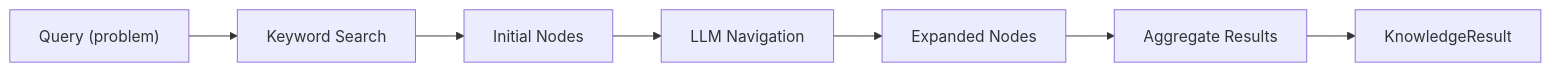
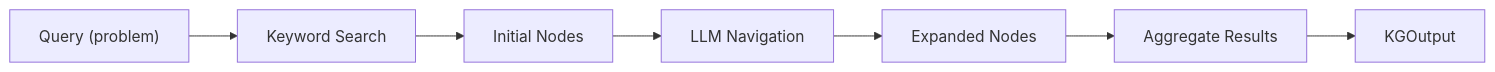
Before and after one commit to Leeroo-AI/kapso: the diagram in docs/components/knowledge-search/overview.mdx, drawn with Mermaid. The commit also changed other lines of this file and 5 other files, not shown here.

````diff
--- a/docs/components/knowledge-search/overview.mdx
+++ b/docs/components/knowledge-search/overview.mdx
@@ -10,9 +10,9 @@
 ```mermaid
 flowchart LR
     Q["Query (problem)"] --> KW["Keyword Search"]
     KW --> N1["Initial Nodes"]
     N1 --> LLM["LLM Navigation"]
     LLM --> N2["Expanded Nodes"]
     N2 --> AGG["Aggregate Results"]
-    AGG --> R["KnowledgeResult"]
+    AGG --> R["KGOutput"]
 ```
````
